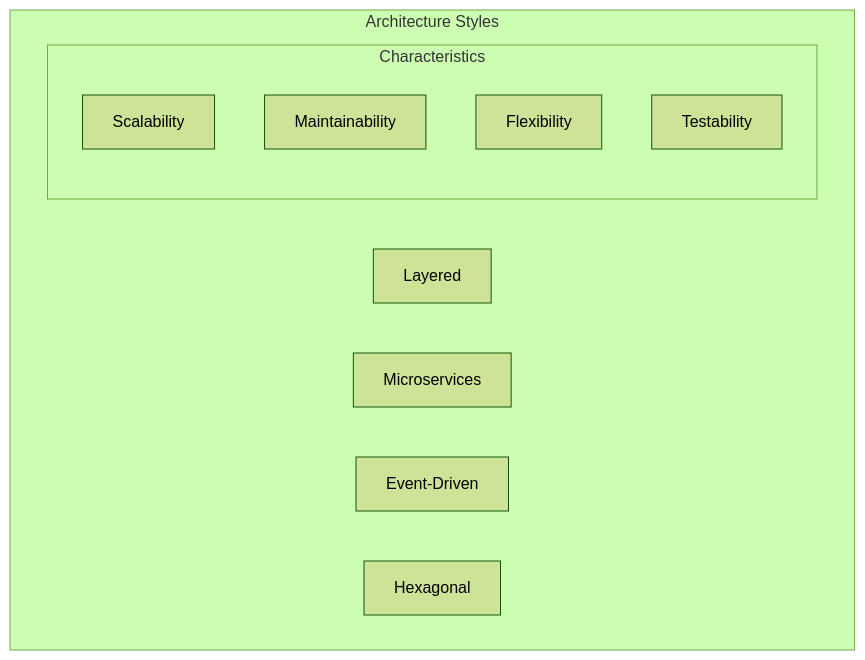
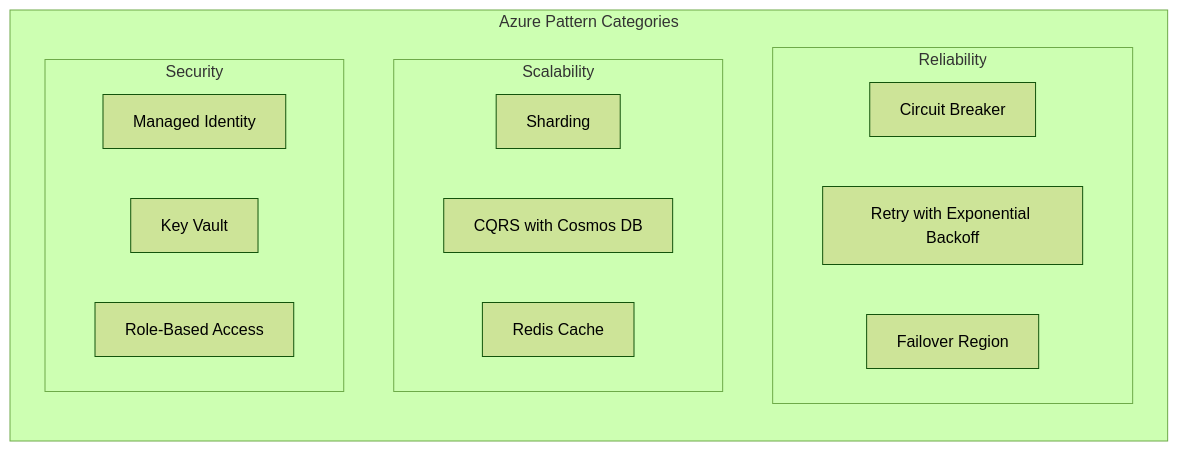
Before and after one commit to saravanakumarrc/Architecture_Journey: the third of 7 diagrams in src/System_Design_Principles_and_Patterns.md, drawn with Mermaid (forest theme). The commit also changed other lines of this file and 3 other files, not shown here.

Commit message:
Enhance documentation for Security by Design Principles and Multi-region Deployment Strategies; add comprehensive overviews, core concepts, implementation patterns, and best practices for improved clarity and guidance.

````diff
--- a/src/System_Design_Principles_and_Patterns.md
+++ b/src/System_Design_Principles_and_Patterns.md
@@ -112,16 +108,24 @@
 ```mermaid
 graph TB
-    subgraph "Architecture Styles"
-        L[Layered]
-        M[Microservices]
-        E[Event-Driven]
-        H[Hexagonal]
+    subgraph "Azure Pattern Categories"
+        direction TB
         
-        subgraph "Characteristics"
-            SC[Scalability]
-            MT[Maintainability]
-            FL[Flexibility]
-            TS[Testability]
+        subgraph "Reliability"
+            CB[Circuit Breaker]
+            R[Retry with Exponential Backoff]
+            FO[Failover Region]
+        end
+        
+        subgraph "Scalability"
+            SH[Sharding]
+            CQRS[CQRS with Cosmos DB]
+            C[Redis Cache]
+        end
+        
+        subgraph "Security"
+            MI[Managed Identity]
+            KV[Key Vault]
+            RBAC[Role-Based Access]
         end
     end
 ```
````
